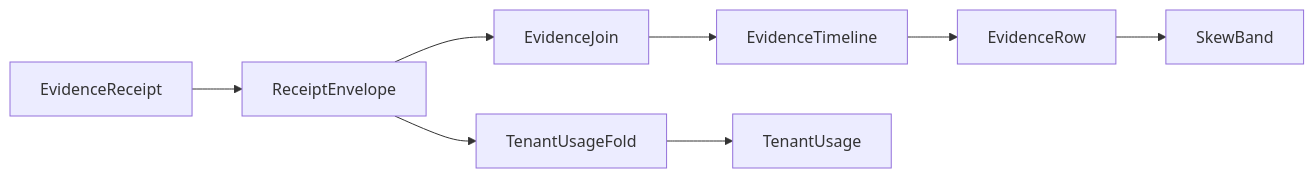
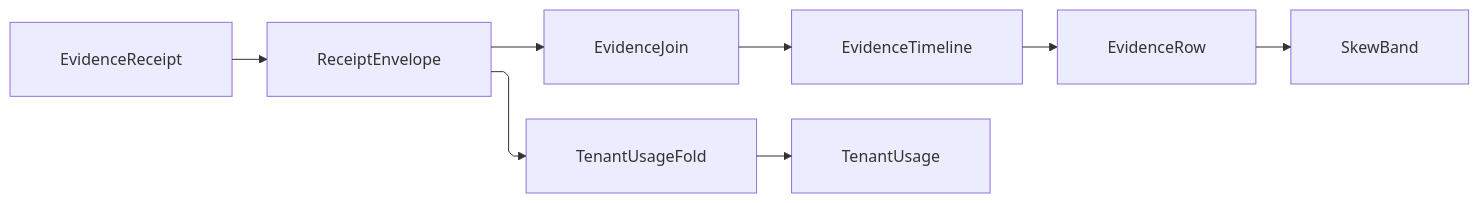
One commit to bsamiee/Rasm changed the diagram in libs/csharp/Rasm.AppUi/.planning/Diagnostics/evidence.md. Above: the diagram before and after it, drawn with Mermaid. The commit also changed other lines of this file and 249 other files, not shown here.

````diff
--- a/libs/csharp/Rasm.AppUi/.planning/Diagnostics/evidence.md
+++ b/libs/csharp/Rasm.AppUi/.planning/Diagnostics/evidence.md
@@ -432,10 +638,19 @@
 ```mermaid
+---
+config:
+  layout: elk
+  flowchart:
+    curve: linear
+    padding: 25
+---
 flowchart LR
+    accTitle: AppUi evidence fold from receipt to timeline and usage
+    accDescr: One typed evidence receipt sealing into the HLC envelope, which the correlation join folds into uncertainty-banded timeline rows and the tenant fold folds into per-window usage rows.
     EvidenceReceipt --> ReceiptEnvelope
     ReceiptEnvelope --> EvidenceJoin
     ReceiptEnvelope --> TenantUsageFold
     EvidenceJoin --> EvidenceTimeline
     EvidenceTimeline --> EvidenceRow
     EvidenceRow --> SkewBand
     TenantUsageFold --> TenantUsage
 ```
````
